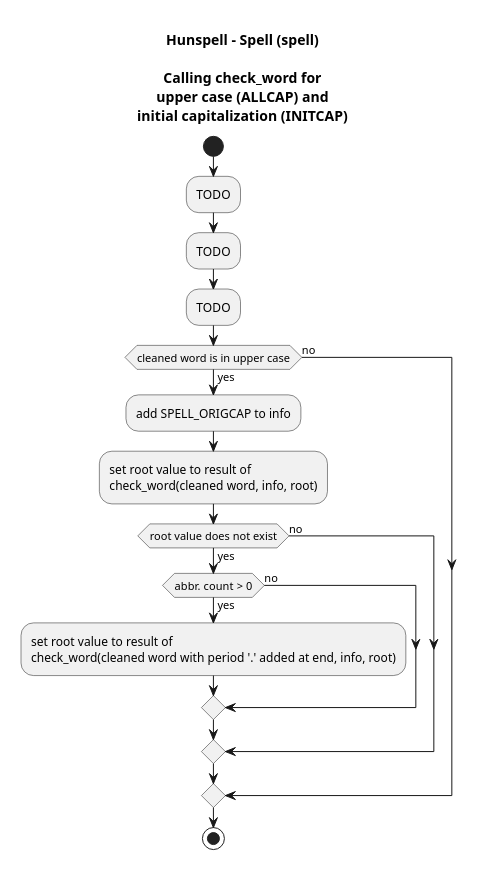
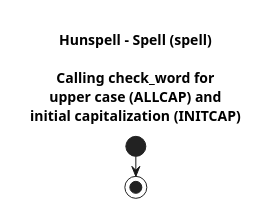
The diagram in uml/plantuml/spell-init-upper-activity-diagram.pu (nuspell/misc-nuspell), drawn with PlantUML before and after one commit. The commit also changed 6 other files, not shown here.

```diff
--- a/uml/plantuml/spell-init-upper-activity-diagram.pu
+++ b/uml/plantuml/spell-init-upper-activity-diagram.pu
@@ -1,27 +1,10 @@
 @startuml
 skinparam backgroundcolor White|White
 
 title Hunspell - Spell (spell)\n\nCalling check_word for\nupper case (ALLCAP) and\ninitial capitalization (INITCAP)
 
 start
 
-:TODO;
-:TODO;
-:TODO;
-
-if (cleaned word is in upper case) then (yes)
-	:add SPELL_ORIGCAP to info;
-	:set root value to result of\ncheck_word(cleaned word, info, root);
-	if (root value does not exist) then (yes)
-		if (abbr. count > 0) then (yes)
-			:set root value to result of\ncheck_word(cleaned word with period '.' added at end, info, root);
-		else (no)
-		endif
-	else (no)
-	endif
-else (no)
-endif
-
 stop
 
 @enduml
```
